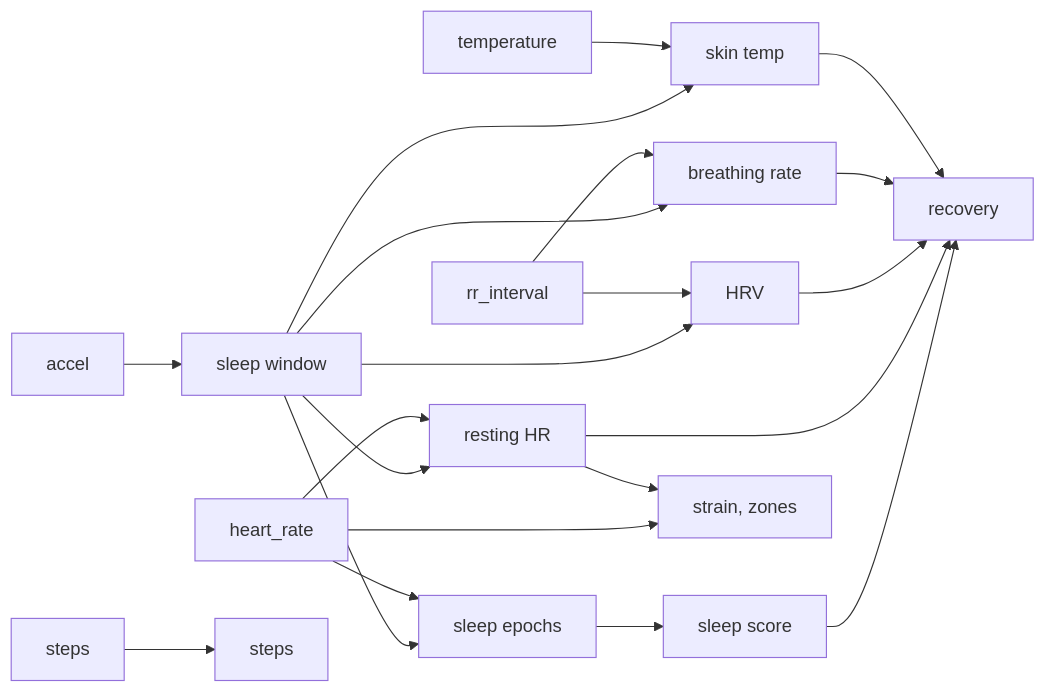
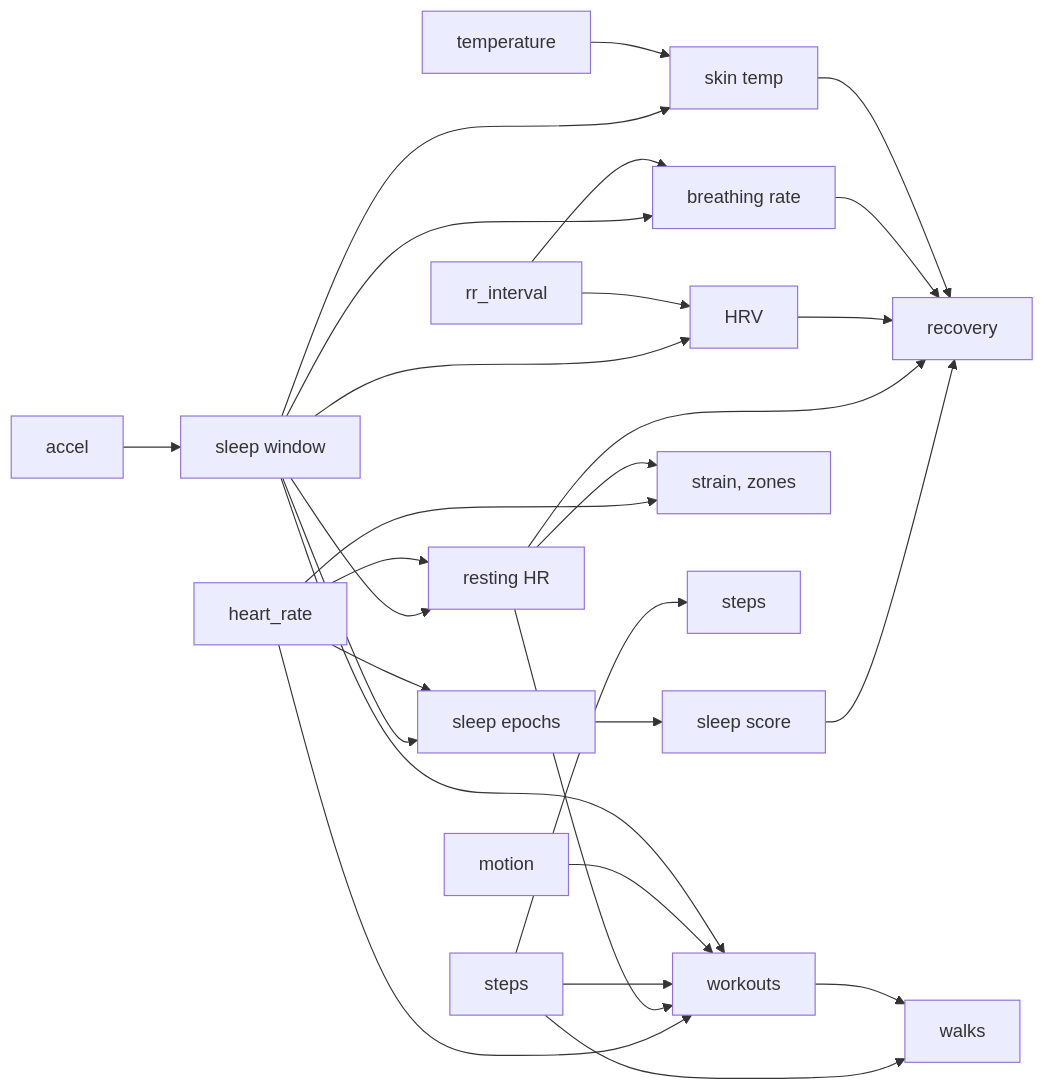
Before and after one commit to pkrshnan/dashboardify: the diagram in docs/health-metrics.md, drawn with Mermaid. The commit also changed other lines of this file and 15 other files, not shown here.

First line of the commit message:
Detect workouts and walks from strap data

````diff
--- a/docs/health-metrics.md
+++ b/docs/health-metrics.md
@@ -8,20 +8,27 @@
 ```mermaid
 flowchart LR
   A[accel] --> S[sleep window]
   S --> E[sleep epochs]
   HR --> E
   E --> SS[sleep score]
   SS --> REC
   S --> R[resting HR]
   S --> H[HRV]
   S --> B[breathing rate]
   S --> T[skin temp]
   HR[heart_rate] --> R
   RR[rr_interval] --> H
   RR --> B
   TMP[temperature] --> T
   R & H & B & T --> REC[recovery]
   HR --> ST[strain, zones]
   R --> ST
   STP[steps] --> STEPS[steps]
+  HR --> W[workouts]
+  R --> W
+  STP --> W
+  MOT[motion] --> W
+  S --> W
+  STP --> WK[walks]
+  W --> WK
 ```
````
